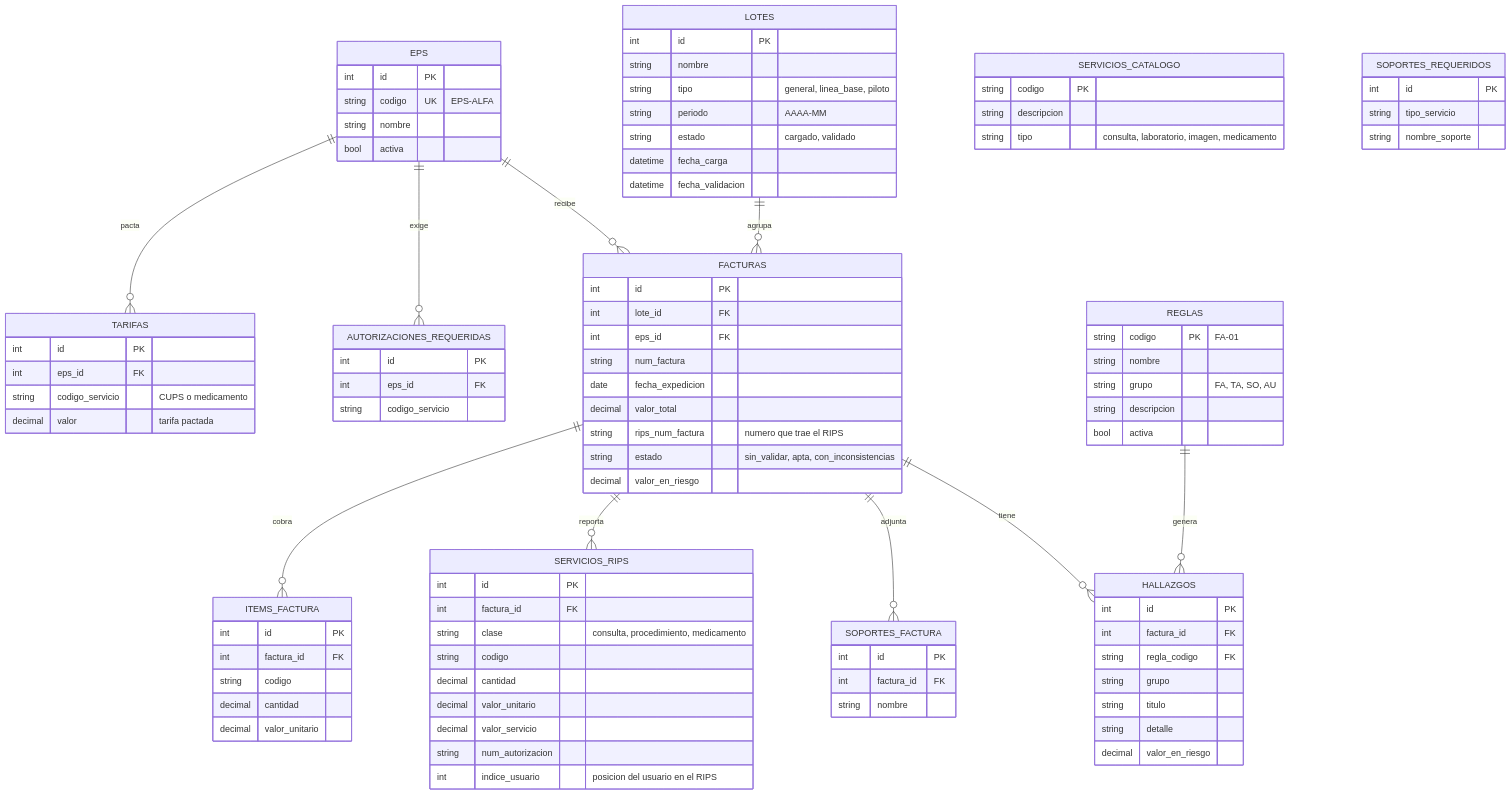
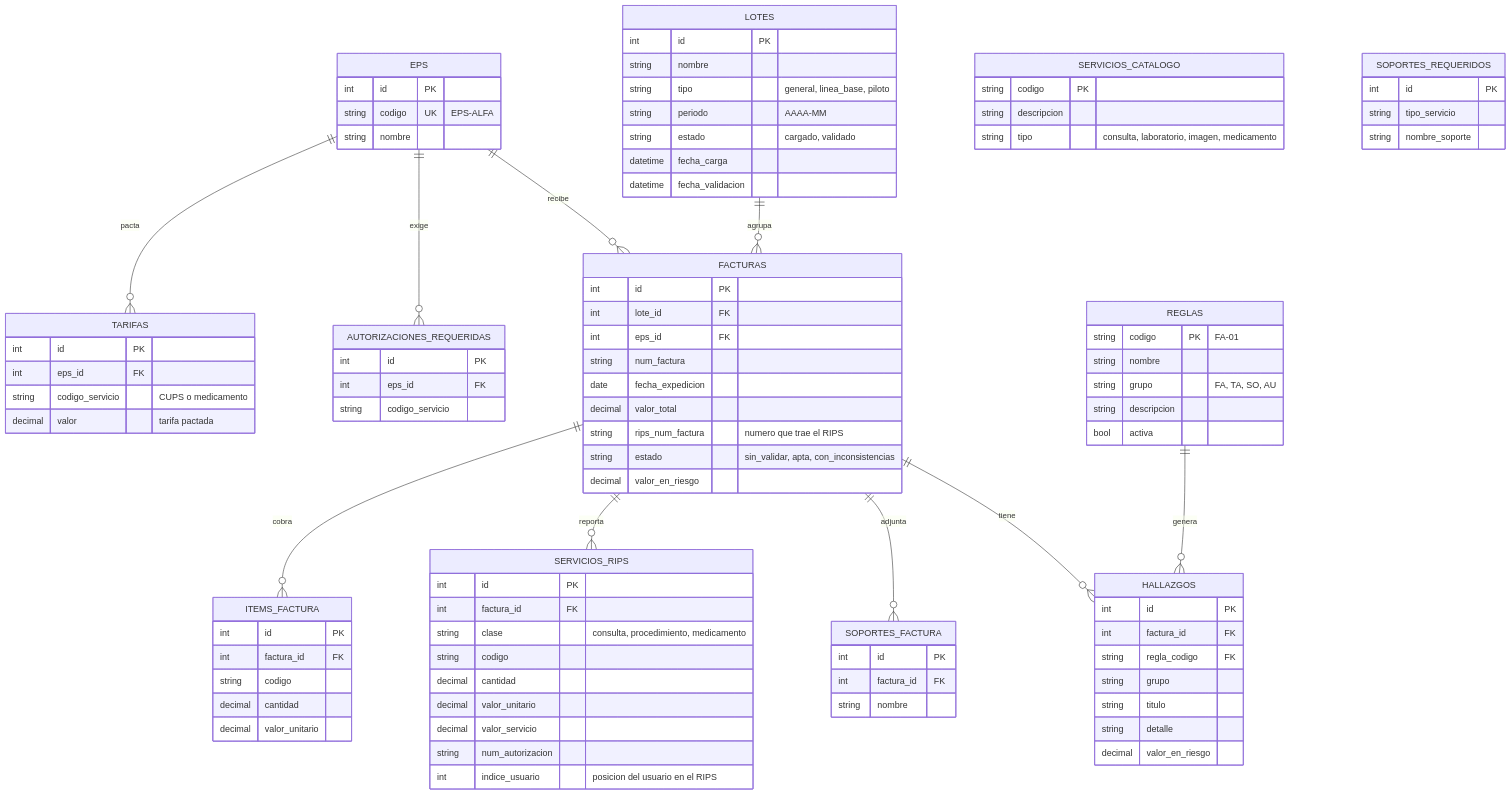
Before and after one commit to Brizad/AuditaGlosas-HUEM: the second of 3 diagrams in docs/arquitectura.md, drawn with Mermaid. The commit also changed 6 other files, not shown here.

```diff
--- a/docs/arquitectura.md
+++ b/docs/arquitectura.md
@@ -125,7 +125,6 @@
         int id PK
         string codigo UK "EPS-ALFA"
         string nombre
-        bool activa
     }
     TARIFAS {
         int id PK
```
